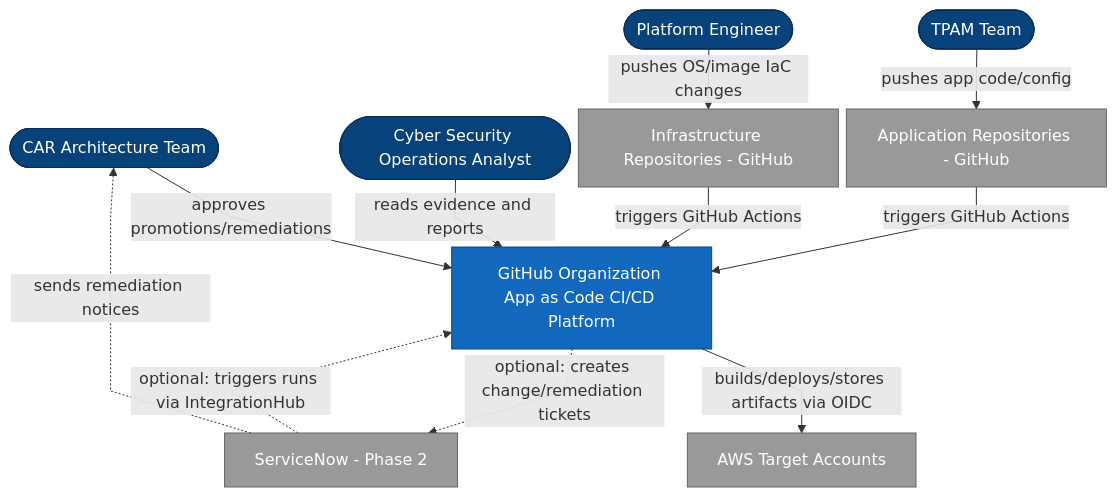
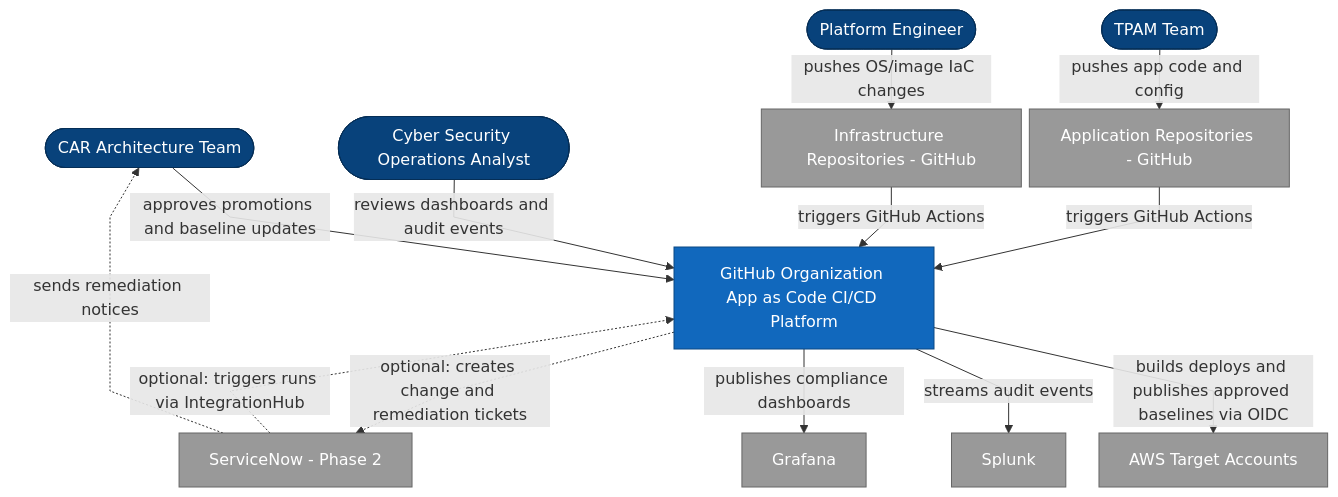
Before and after one commit to wingt903/CICD: the diagram in architecture/c4-context-drawio.mmd, drawn with Mermaid. The commit also changed 13 other files, not shown here.

Commit message:
Update architecture drift flow docs

```diff
--- a/architecture/c4-context-drawio.mmd
+++ b/architecture/c4-context-drawio.mmd
@@ -1,40 +1,46 @@
 %%{init: {'themeVariables': {'fontSize': 10}, 'flowchart': {'nodeSpacing': 8, 'rankSpacing': 12, 'diagramPadding': 2, 'curve': 'linear'}}}%%
 graph TB
     %% C4 Context (Level 1) - draw.io compatible
     %% People
     migTeam([CAR Architecture Team])
     appTeam([TPAM Team])
     platformEngineer([Platform Engineer])
     auditor([Cyber Security Operations Analyst])
 
     %% System under design
     cicd[GitHub Organization App as Code CI/CD Platform]
 
     %% External systems
     appRepos[Application Repositories - GitHub]
     infraRepos[Infrastructure Repositories - GitHub]
     aws[AWS Target Accounts]
+    splunk[Splunk]
+    grafana[Grafana]
     sn[ServiceNow - Phase 2]
 
     %% Relationships
-    migTeam -->|approves promotions/remediations| cicd
-    appTeam -->|pushes app code/config| appRepos
+    migTeam -->|approves promotions and baseline updates| cicd
+    appTeam -->|pushes app code and config| appRepos
     platformEngineer -->|pushes OS/image IaC changes| infraRepos
     appRepos -->|triggers GitHub Actions| cicd
     infraRepos -->|triggers GitHub Actions| cicd
-    auditor -->|reads evidence and reports| cicd
-    cicd -->|builds/deploys/stores artifacts via OIDC| aws
-    cicd -.->|optional: creates change/remediation tickets| sn
+    auditor -->|reviews dashboards and audit events| cicd
+    cicd -->|builds deploys and publishes approved baselines via OIDC| aws
+    cicd -->|streams audit events| splunk
+    cicd -->|publishes compliance dashboards| grafana
+    cicd -.->|optional: creates change and remediation tickets| sn
     sn -.->|optional: triggers runs via IntegrationHub| cicd
     sn -.->|sends remediation notices| migTeam
 
     %% Styling
     style cicd fill:#1168BD,color:#ffffff,stroke:#0b4884
     style migTeam fill:#08427B,color:#ffffff,stroke:#052E56
     style appTeam fill:#08427B,color:#ffffff,stroke:#052E56
     style platformEngineer fill:#08427B,color:#ffffff,stroke:#052E56
     style auditor fill:#08427B,color:#ffffff,stroke:#052E56
     style appRepos fill:#999999,color:#ffffff,stroke:#666666
     style infraRepos fill:#999999,color:#ffffff,stroke:#666666
     style aws fill:#999999,color:#ffffff,stroke:#666666
+    style splunk fill:#999999,color:#ffffff,stroke:#666666
+    style grafana fill:#999999,color:#ffffff,stroke:#666666
     style sn fill:#999999,color:#ffffff,stroke:#666666
```
